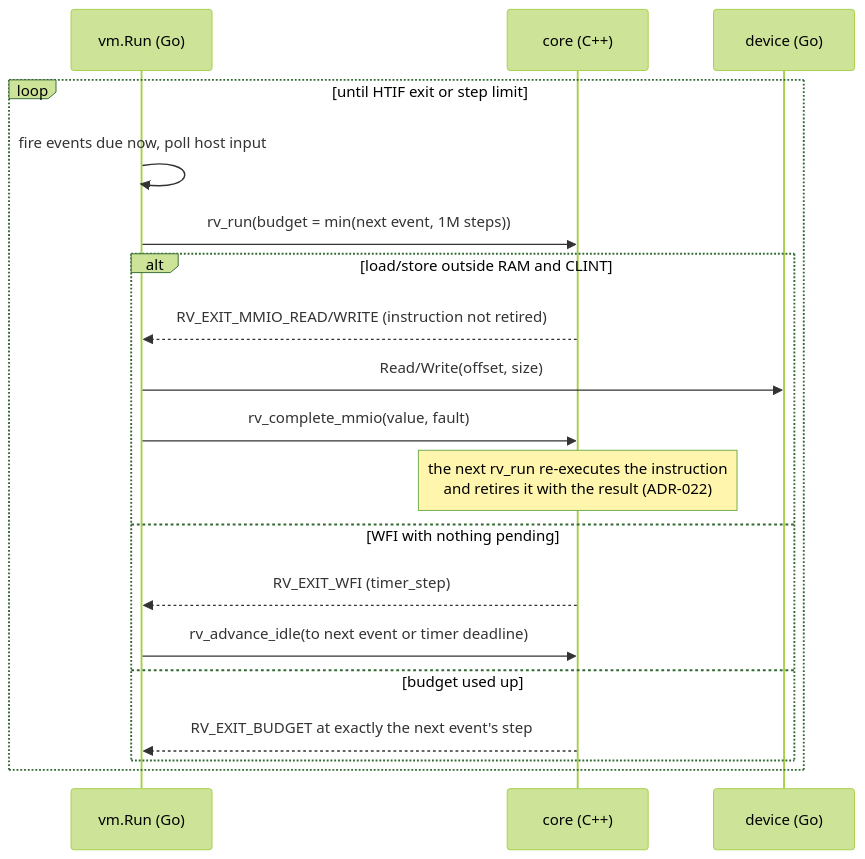
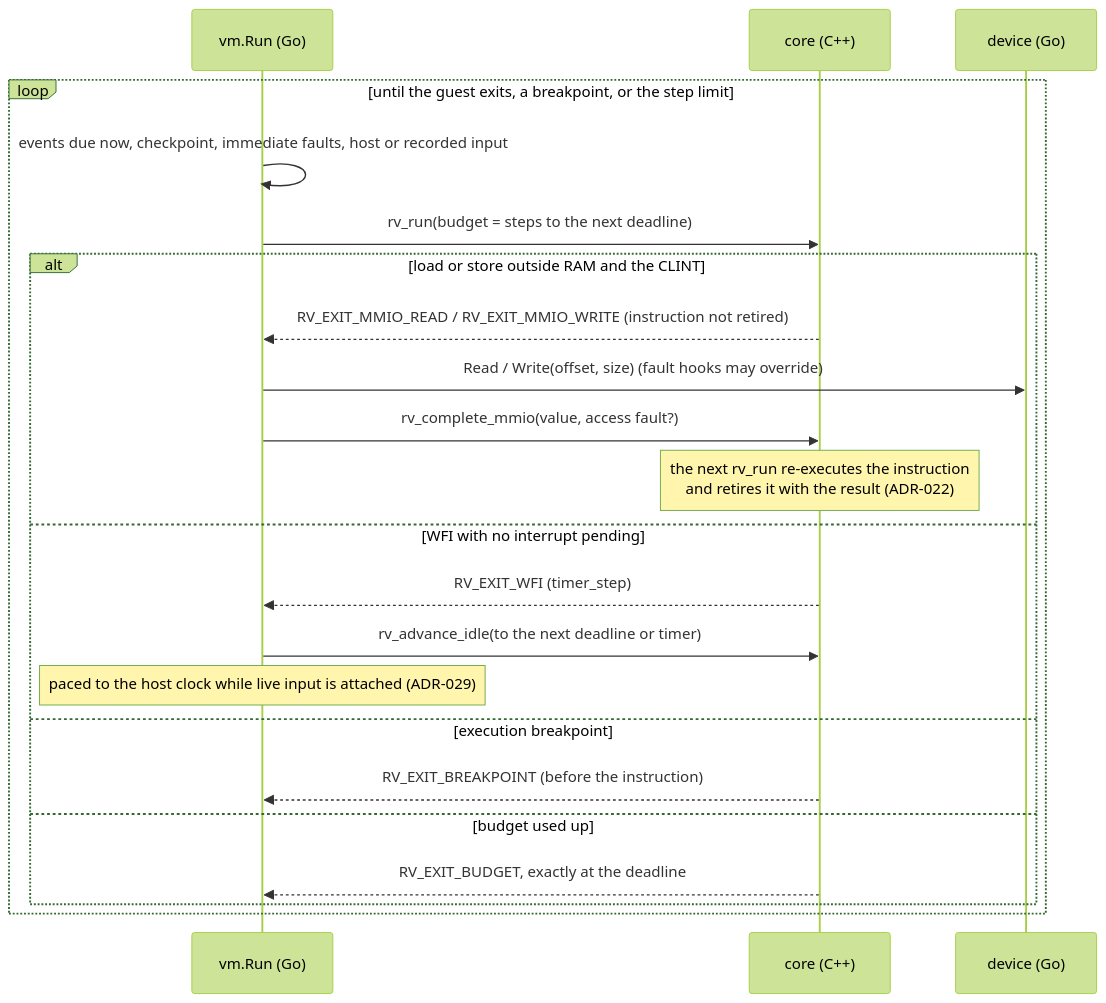
One commit to ezekielelvis/rvsim changed the diagram in docs/ARCHITECTURE.md. Above: the diagram before and after it, drawn with Mermaid (forest theme). The commit also changed other lines of this file and 2 other files, not shown here.

Commit message:
docs: add the README and bring the architecture doc and ADRs up to date

````diff
--- a/docs/ARCHITECTURE.md
+++ b/docs/ARCHITECTURE.md
@@ -21,21 +33,24 @@
 ```mermaid
 sequenceDiagram
     participant L as vm.Run (Go)
     participant C as core (C++)
     participant D as device (Go)
-    loop until HTIF exit or step limit
-        L->>L: fire events due now, poll host input
-        L->>C: rv_run(budget = min(next event, 1M steps))
-        alt load/store outside RAM and CLINT
-            C-->>L: RV_EXIT_MMIO_READ/WRITE (instruction not retired)
-            L->>D: Read/Write(offset, size)
-            L->>C: rv_complete_mmio(value, fault)
+    loop until the guest exits, a breakpoint, or the step limit
+        L->>L: events due now, checkpoint, immediate faults, host or recorded input
+        L->>C: rv_run(budget = steps to the next deadline)
+        alt load or store outside RAM and the CLINT
+            C-->>L: RV_EXIT_MMIO_READ / RV_EXIT_MMIO_WRITE (instruction not retired)
+            L->>D: Read / Write(offset, size) (fault hooks may override)
+            L->>C: rv_complete_mmio(value, access fault?)
             Note over C: the next rv_run re-executes the instruction<br/>and retires it with the result (ADR-022)
-        else WFI with nothing pending
+        else WFI with no interrupt pending
             C-->>L: RV_EXIT_WFI (timer_step)
-            L->>C: rv_advance_idle(to next event or timer deadline)
+            L->>C: rv_advance_idle(to the next deadline or timer)
+            Note over L: paced to the host clock while live input is attached (ADR-029)
+        else execution breakpoint
+            C-->>L: RV_EXIT_BREAKPOINT (before the instruction)
         else budget used up
-            C-->>L: RV_EXIT_BUDGET at exactly the next event's step
+            C-->>L: RV_EXIT_BUDGET, exactly at the deadline
         end
     end
 ```
````
